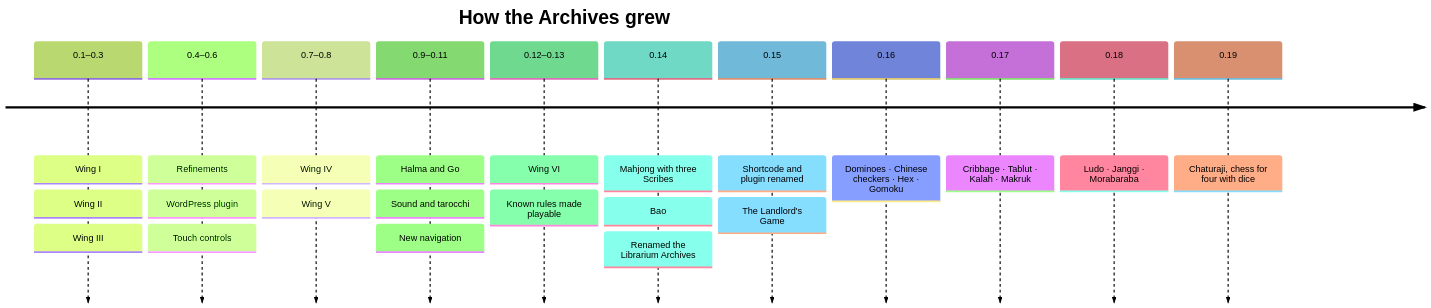
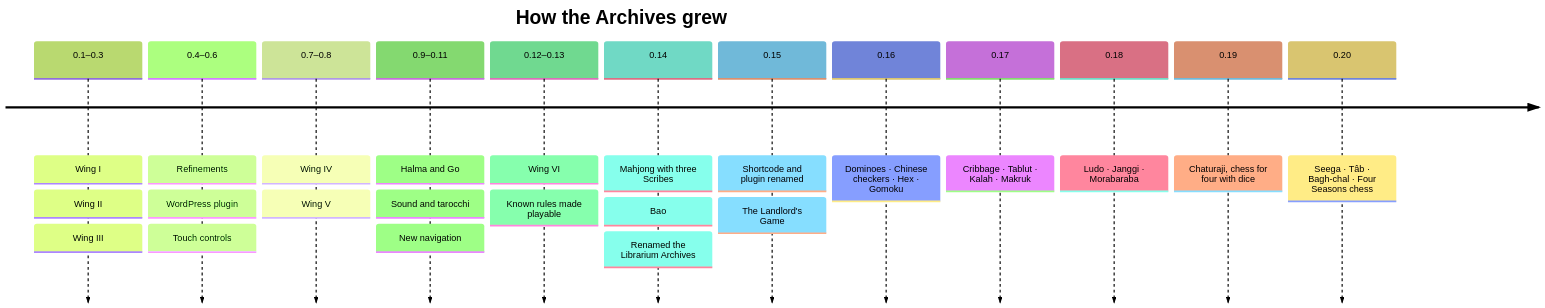
The first of 2 diagrams in docs/roadmap.md (CptNope/Librarium-Archives), drawn with Mermaid (forest theme) before and after one commit. The commit also changed other lines of this file and 15 other files, not shown here.

First line of the commit message:
Add Seega, Tâb, Bagh-chal and Four Seasons chess (work in progress)

````diff
--- a/docs/roadmap.md
+++ b/docs/roadmap.md
@@ -3,15 +3,16 @@
 ```mermaid
 timeline
     title How the Archives grew
     0.1–0.3 : Wing I : Wing II : Wing III
     0.4–0.6 : Refinements : WordPress plugin : Touch controls
     0.7–0.8 : Wing IV : Wing V
     0.9–0.11 : Halma and Go : Sound and tarocchi : New navigation
     0.12–0.13 : Wing VI : Known rules made playable
     0.14 : Mahjong with three Scribes : Bao : Renamed the Librarium Archives
     0.15 : Shortcode and plugin renamed : The Landlord's Game
     0.16 : Dominoes · Chinese checkers · Hex · Gomoku
     0.17 : Cribbage · Tablut · Kalah · Makruk
     0.18 : Ludo · Janggi · Morabaraba
     0.19 : Chaturaji, chess for four with dice
+    0.20 : Seega · Tâb · Bagh-chal · Four Seasons chess
 ```
````
